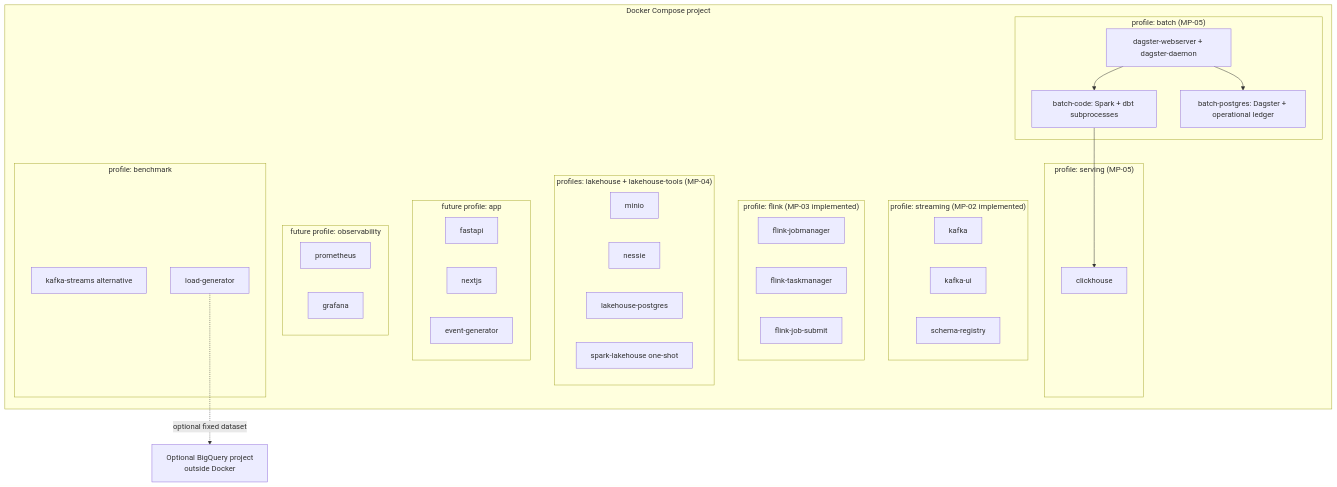
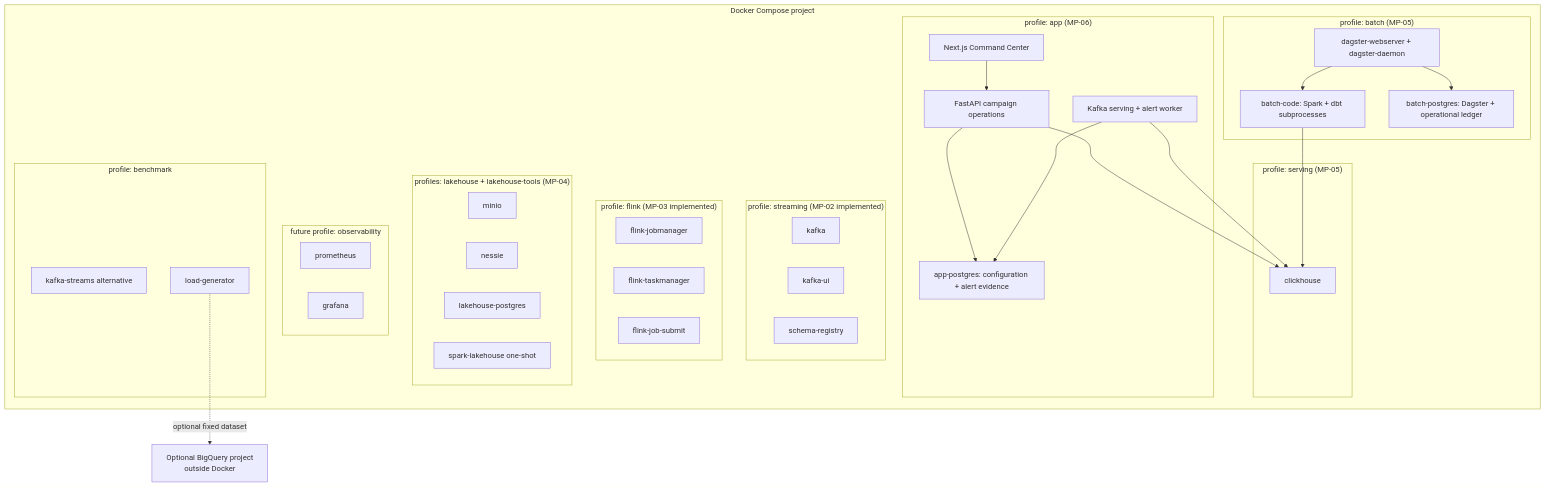
Before and after one commit to huyle1901/marketpulse-360: the second of 2 diagrams in docs/architecture/high-level-design.md, drawn with Mermaid. The commit also changed other lines of this file and 22 other files, not shown here.

Commit message:
feat: add campaign command center and local app runtime

````diff
--- a/docs/architecture/high-level-design.md
+++ b/docs/architecture/high-level-design.md
@@ -661,55 +667,61 @@
 ```mermaid
 flowchart TB
     subgraph Compose["Docker Compose project"]
         subgraph Core["profile: streaming (MP-02 implemented)"]
             K1["kafka"]
             KU["kafka-ui"]
             SR["schema-registry"]
         end
 
         subgraph Flink["profile: flink (MP-03 implemented)"]
             FJM["flink-jobmanager"]
             FTM["flink-taskmanager"]
             FS["flink-job-submit"]
         end
 
         subgraph Lakehouse["profiles: lakehouse + lakehouse-tools (MP-04)"]
             MI["minio"]
             NS["nessie"]
             PG["lakehouse-postgres"]
             SPL["spark-lakehouse one-shot"]
         end
 
         subgraph Serving["profile: serving (MP-05)"]
             CH["clickhouse"]
         end
 
         subgraph Batch["profile: batch (MP-05)"]
             DG["dagster-webserver + dagster-daemon"]
             DBT2["batch-code: Spark + dbt subprocesses"]
             BPG["batch-postgres: Dagster + operational ledger"]
             DG --> DBT2
             DG --> BPG
             DBT2 --> CH
         end
 
-        subgraph App["future profile: app"]
-            BE["fastapi"]
-            FE["nextjs"]
-            EG["event-generator"]
+        subgraph App["profile: app (MP-06)"]
+            BE["FastAPI campaign operations"]
+            FE["Next.js Command Center"]
+            AW["Kafka serving + alert worker"]
+            APG["app-postgres: configuration + alert evidence"]
+            FE --> BE
+            BE --> CH
+            BE --> APG
+            AW --> CH
+            AW --> APG
         end
 
         subgraph Observe["future profile: observability"]
             PR["prometheus"]
             GR["grafana"]
         end
 
         subgraph Benchmark["profile: benchmark"]
             SP["kafka-streams alternative"]
             LOAD["load-generator"]
         end
     end
 
     BQ["Optional BigQuery project<br/>outside Docker"]
     LOAD -. optional fixed dataset .-> BQ
 ```
````
